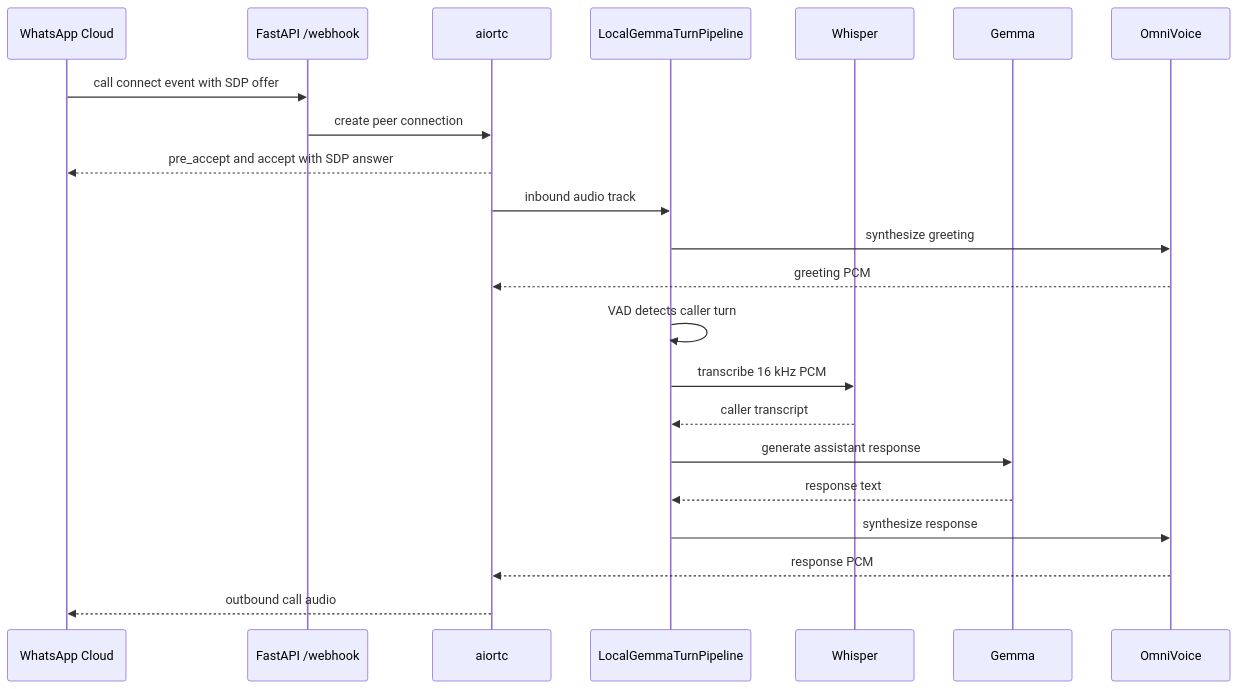
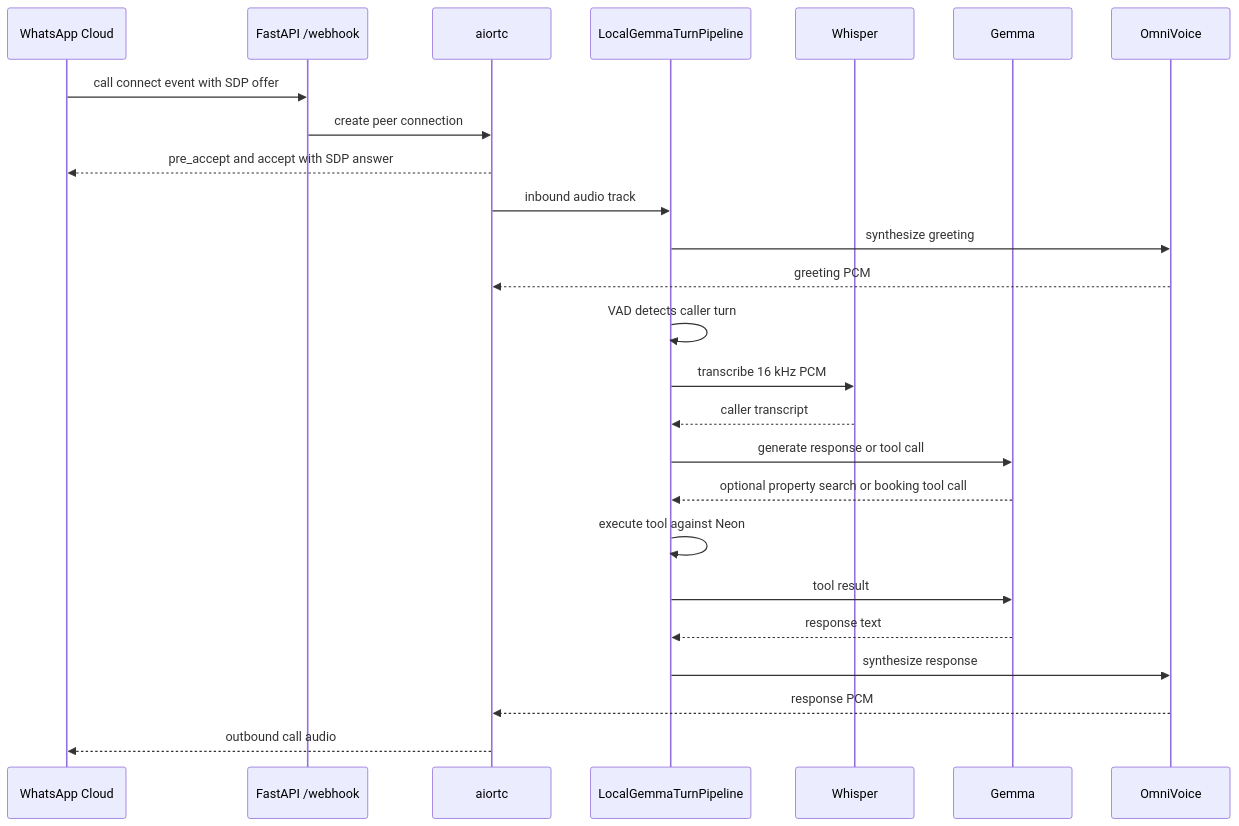
Before and after one commit to nizarhaider/sl-chatbot: the second of 2 diagrams in README.md, drawn with Mermaid. The commit also changed other lines of this file and 8 other files, not shown here.

Commit message:
Add Neon-backed property booking tools

````diff
--- a/README.md
+++ b/README.md
@@ -21,25 +21,28 @@
 ```mermaid
 sequenceDiagram
     participant WA as WhatsApp Cloud
     participant Webhook as FastAPI /webhook
     participant RTC as aiortc
     participant Pipeline as LocalGemmaTurnPipeline
     participant ASR as Whisper
     participant LLM as Gemma
     participant TTS as OmniVoice
 
     WA->>Webhook: call connect event with SDP offer
     Webhook->>RTC: create peer connection
     RTC-->>WA: pre_accept and accept with SDP answer
     RTC->>Pipeline: inbound audio track
     Pipeline->>TTS: synthesize greeting
     TTS-->>RTC: greeting PCM
     Pipeline->>Pipeline: VAD detects caller turn
     Pipeline->>ASR: transcribe 16 kHz PCM
     ASR-->>Pipeline: caller transcript
-    Pipeline->>LLM: generate assistant response
+    Pipeline->>LLM: generate response or tool call
+    LLM-->>Pipeline: optional property search or booking tool call
+    Pipeline->>Pipeline: execute tool against Neon
+    Pipeline->>LLM: tool result
     LLM-->>Pipeline: response text
     Pipeline->>TTS: synthesize response
     TTS-->>RTC: response PCM
     RTC-->>WA: outbound call audio
 ```
````
